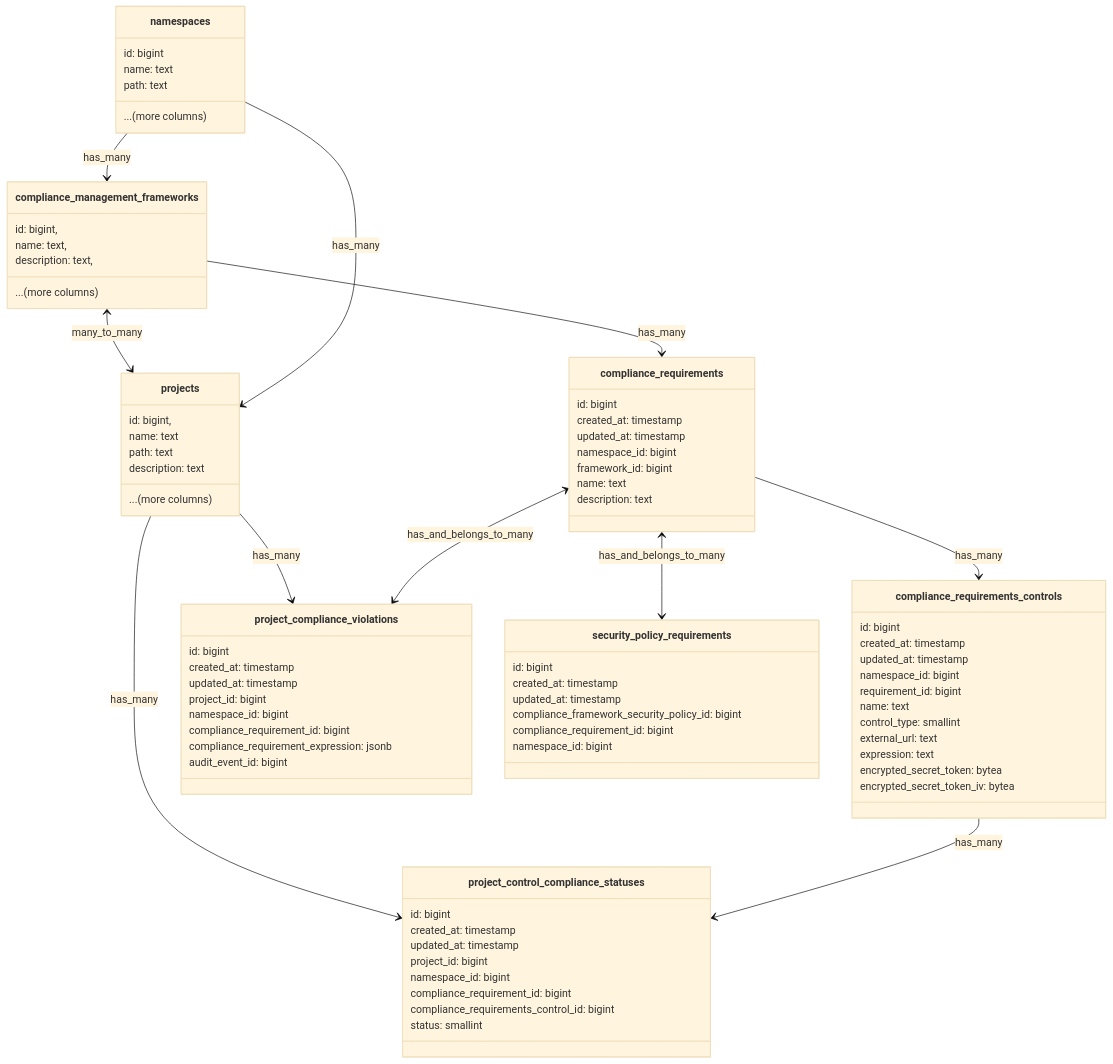
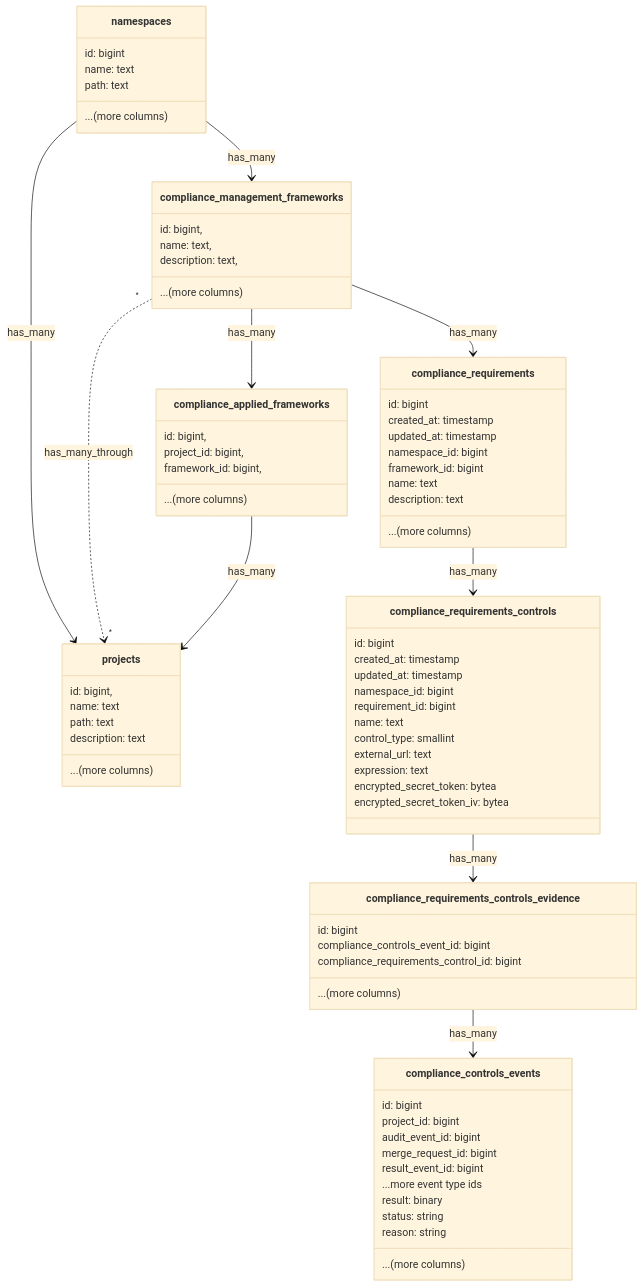
Before and after one commit to zalyoung/gitlab-handbook: the first of 4 diagrams in content/handbook/engineering/architecture/design-documents/compliance-frameworks/_index.md, drawn with Mermaid (base theme). The commit also changed other lines of this file, not shown here.

Commit message:
Update Database Schema for Compliance Adherence
We think these changes to the schema will make it easier to implement
the compliance dashboard by creating more flexible data organization.

````diff
--- a/content/handbook/engineering/architecture/design-documents/compliance-frameworks/_index.md
+++ b/content/handbook/engineering/architecture/design-documents/compliance-frameworks/_index.md
@@ -321,6 +321,14 @@
         description: text
         ...(more columns)
     }
+
+    class compliance_applied_frameworks {
+        id: bigint,
+        project_id: bigint,
+        framework_id: bigint,
+        ...(more columns)
+    }
+
     class compliance_management_frameworks {
         id: bigint,
         name: text,
@@ -336,6 +344,7 @@
         framework_id: bigint
         name: text
         description: text
+        ...(more columns)
     }
 
     class compliance_requirements_controls {
@@ -352,45 +361,34 @@
         encrypted_secret_token_iv: bytea
     }
 
-    class project_control_compliance_statuses {
+    class compliance_requirements_controls_evidence {
         id: bigint
-        created_at: timestamp
-        updated_at: timestamp
-        project_id: bigint
-        namespace_id: bigint
-        compliance_requirement_id: bigint
+        compliance_controls_event_id: bigint
         compliance_requirements_control_id: bigint
-        status: smallint
+        ...(more columns)
     }
 
-    class project_compliance_violations {
+    class compliance_controls_events {
         id: bigint
-        created_at: timestamp
-        updated_at: timestamp
         project_id: bigint
-        namespace_id: bigint
-        compliance_requirement_id: bigint
-        compliance_requirement_expression: jsonb
         audit_event_id: bigint
+        merge_request_id: bigint
+        result_event_id: bigint
+        ...more event type ids
+        result: binary
+        status: string
+        reason: string
+        ...(more columns)
     }
 
-    class security_policy_requirements {
-        id: bigint
-        created_at: timestamp
-        updated_at: timestamp
-        compliance_framework_security_policy_id: bigint
-        compliance_requirement_id: bigint
-        namespace_id: bigint
-    }
-
+    compliance_management_frameworks --> compliance_applied_frameworks : has_many
+    compliance_applied_frameworks --> projects : has_many
     compliance_management_frameworks --> compliance_requirements : has_many
-    compliance_management_frameworks <--> projects : many_to_many
-    compliance_requirements <--> security_policy_requirements : has_and_belongs_to_many
+    compliance_management_frameworks "*" ..> "*" projects : has_many_through
     compliance_requirements --> compliance_requirements_controls : has_many
     projects <-- namespaces : has_many
     namespaces --> compliance_management_frameworks : has_many
-    projects --> project_control_compliance_statuses : has_many
-    projects --> project_compliance_violations : has_many
-    compliance_requirements_controls --> project_control_compliance_statuses : has_many
-    compliance_requirements <--> project_compliance_violations : has_and_belongs_to_many
+    compliance_requirements_controls --> compliance_requirements_controls_evidence : has_many
+    compliance_requirements_controls_evidence --> compliance_controls_events : has_many
+
 ```
````
